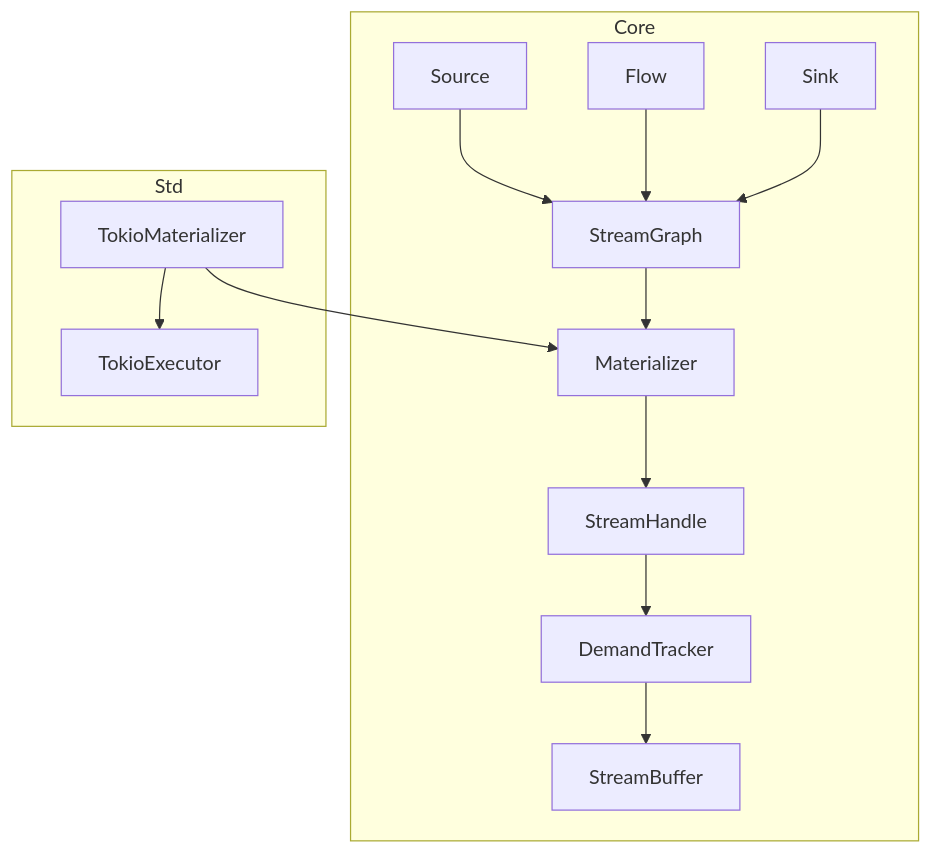
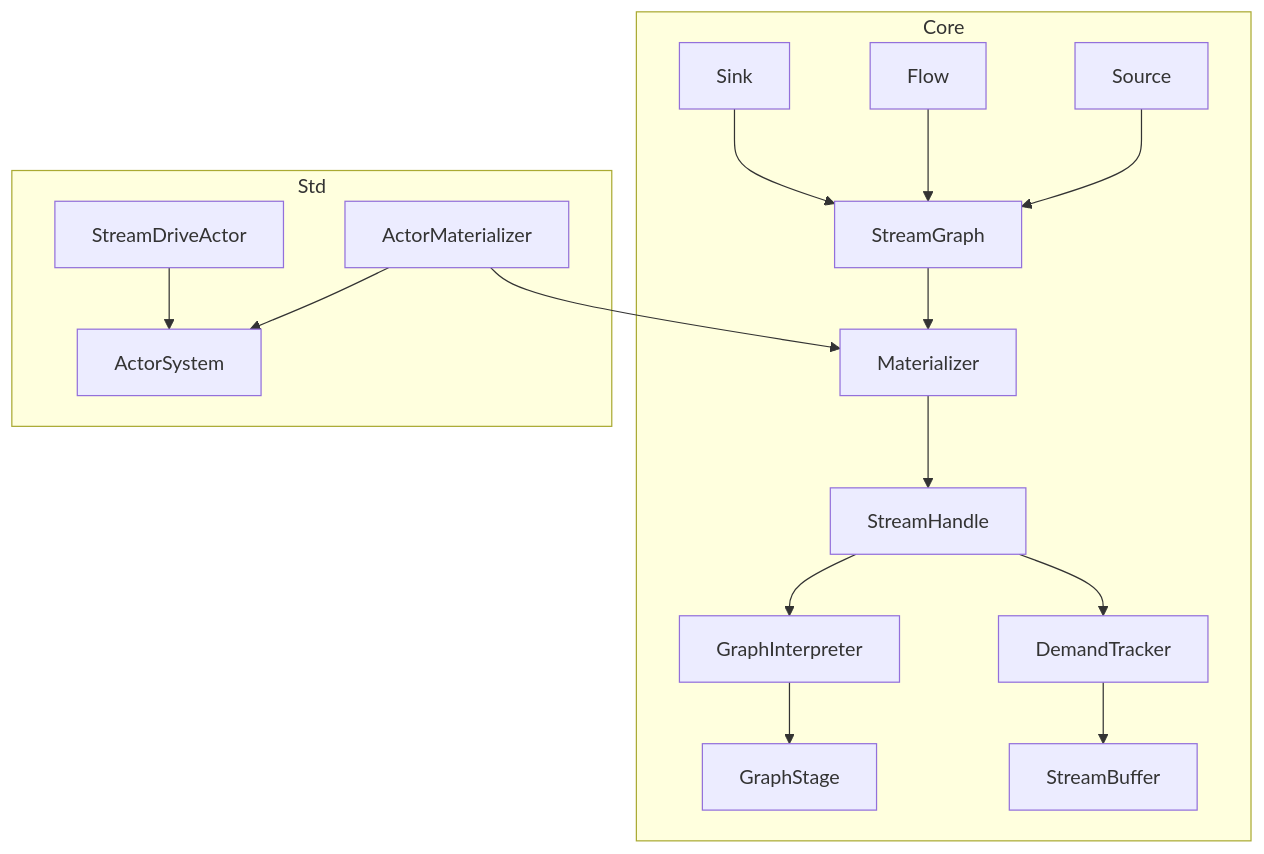
Before and after one commit to j5ik2o/fraktor-rs: the first of 3 diagrams in .kiro/specs/fraktor-streams/design.md, drawn with Mermaid. The commit also changed other lines of this file and 43 other files, not shown here.

Commit message:
feat: refactor stream components to integrate ActorSystem and remove Tokio dependencies

````diff
--- a/.kiro/specs/fraktor-streams/design.md
+++ b/.kiro/specs/fraktor-streams/design.md
@@ -39,16 +63,19 @@
 ```mermaid
 graph TB
   subgraph Core
     Source --> StreamGraph
     Flow --> StreamGraph
     Sink --> StreamGraph
     StreamGraph --> Materializer
     Materializer --> StreamHandle
+    StreamHandle --> GraphInterpreter
+    GraphInterpreter --> GraphStage
     StreamHandle --> DemandTracker
     DemandTracker --> StreamBuffer
   end
   subgraph Std
-    TokioMaterializer --> TokioExecutor
+    ActorMaterializer --> ActorSystem
+    StreamDriveActor --> ActorSystem
   end
-  TokioMaterializer --> Materializer
+  ActorMaterializer --> Materializer
 ```
````
